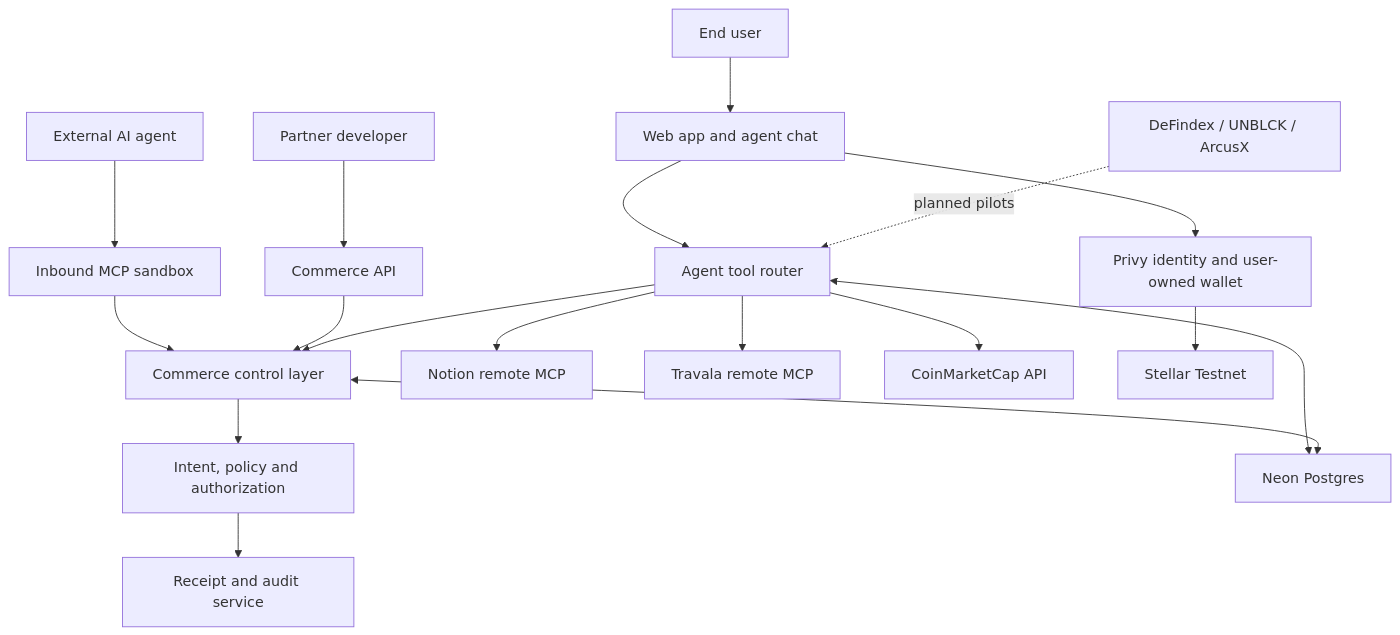
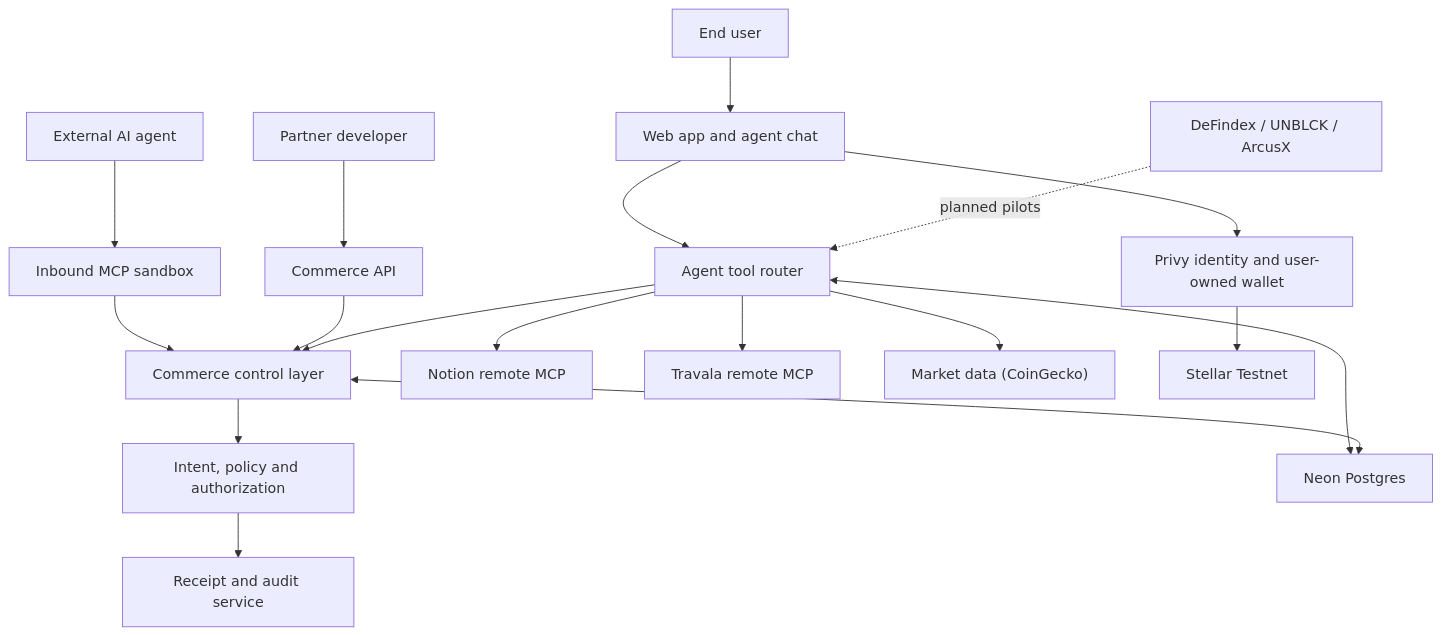
One commit to CaBsCrypto/agente-asistente changed the first of 9 diagrams in docs/architecture.md. Above: the diagram before and after it, drawn with Mermaid. The commit also changed other lines of this file and 12 other files, not shown here.

First line of the commit message:
Docs accuracy sweep (phase 1): live proofs + CoinGecko (#16)

```diff
--- a/docs/architecture.md
+++ b/docs/architecture.md
@@ -7,20 +7,20 @@
 ~~~mermaid
 flowchart TB
     USER["End user"] --> WEB["Web app and agent chat"]
     EXT["External AI agent"] --> IMCP["Inbound MCP sandbox"]
     DEV["Partner developer"] --> API["Commerce API"]
     WEB --> PRIVY["Privy identity and user-owned wallet"]
     WEB --> ROUTER["Agent tool router"]
     IMCP --> CONTROL["Commerce control layer"]
     API --> CONTROL
     ROUTER --> CONTROL
     ROUTER --> NOTION["Notion remote MCP"]
     ROUTER --> TRAVALA["Travala remote MCP"]
-    ROUTER --> CMC["CoinMarketCap API"]
+    ROUTER --> CMC["Market data (CoinGecko)"]
     CONTROL --> POLICY["Intent, policy and authorization"]
     POLICY --> RECEIPT["Receipt and audit service"]
     PRIVY --> STELLAR["Stellar Testnet"]
     ROUTER <--> NEON["Neon Postgres"]
     CONTROL <--> NEON
     PARTNERS["DeFindex / UNBLCK / ArcusX"] -. planned pilots .-> ROUTER
 ~~~
```
